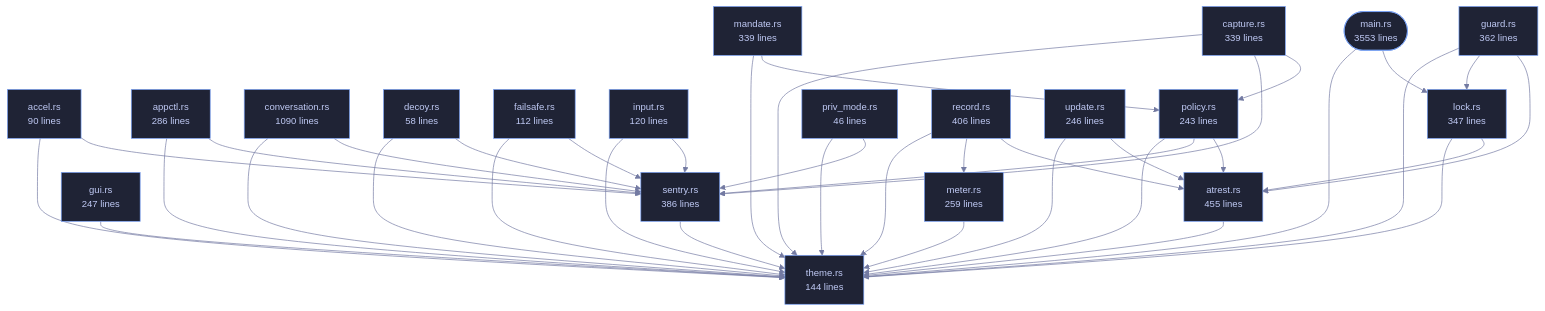
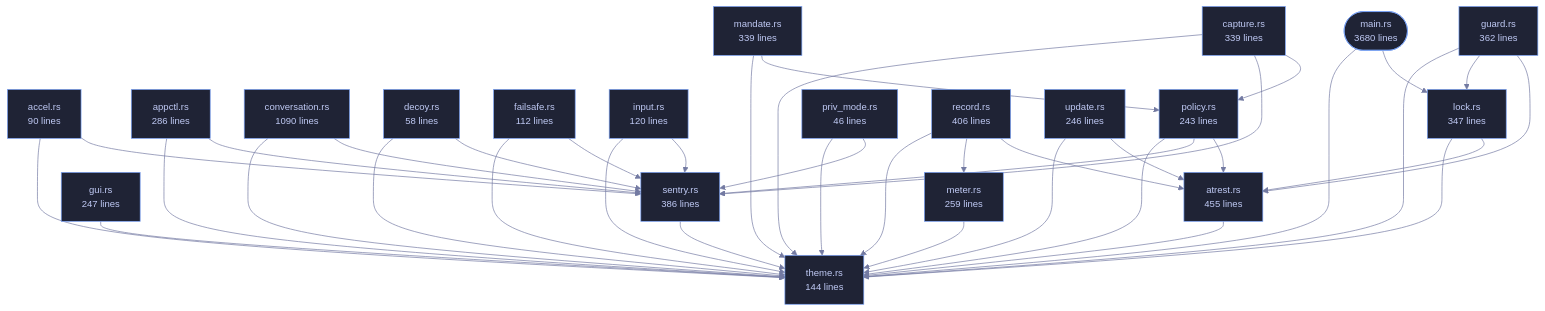
The diagram in crates/veilvoice-cli/README.md (tilas01/veilvoice), drawn with Mermaid before and after one commit. The commit also changed other lines of this file and 65 other files, not shown here.

````diff
--- a/crates/veilvoice-cli/README.md
+++ b/crates/veilvoice-cli/README.md
@@ -110,82 +110,82 @@
 ```mermaid
 %%{init: {"theme":"base","themeVariables":{"background":"#1a1b26","primaryColor":"#1f2335","primaryTextColor":"#c0caf5","primaryBorderColor":"#7aa2f7","secondaryColor":"#16161e","tertiaryColor":"#16161e","lineColor":"#737aa2","textColor":"#c0caf5","mainBkg":"#1f2335","nodeBorder":"#7aa2f7","clusterBkg":"#16161e","clusterBorder":"#2f3549","fontFamily":"ui-monospace, SFMono-Regular, Consolas, monospace","fontSize":"14px"}}}%%
 flowchart TD
-    n_main(["main.rs<br/>3553 lines"])
+    n_main(["main.rs<br/>3680 lines"])
     n_accel["accel.rs<br/>90 lines"]
     n_appctl["appctl.rs<br/>286 lines"]
     n_atrest["atrest.rs<br/>455 lines"]
     n_capture["capture.rs<br/>339 lines"]
     n_conversation["conversation.rs<br/>1090 lines"]
     n_decoy["decoy.rs<br/>58 lines"]
     n_failsafe["failsafe.rs<br/>112 lines"]
     n_guard["guard.rs<br/>362 lines"]
     n_gui["gui.rs<br/>247 lines"]
     n_input["input.rs<br/>120 lines"]
     n_lock["lock.rs<br/>347 lines"]
     n_mandate["mandate.rs<br/>339 lines"]
     n_meter["meter.rs<br/>259 lines"]
     n_policy["policy.rs<br/>243 lines"]
     n_priv_mode["priv_mode.rs<br/>46 lines"]
     n_record["record.rs<br/>406 lines"]
     n_sentry["sentry.rs<br/>386 lines"]
     n_theme["theme.rs<br/>144 lines"]
     n_update["update.rs<br/>246 lines"]
     n_accel --> n_sentry
     n_accel --> n_theme
     n_appctl --> n_sentry
     n_appctl --> n_theme
     n_atrest --> n_theme
     n_capture --> n_policy
     n_capture --> n_sentry
     n_capture --> n_theme
     n_conversation --> n_sentry
     n_conversation --> n_theme
     n_decoy --> n_sentry
     n_decoy --> n_theme
     n_failsafe --> n_sentry
     n_failsafe --> n_theme
     n_guard --> n_atrest
     n_guard --> n_lock
     n_guard --> n_theme
     n_gui --> n_theme
     n_input --> n_sentry
     n_input --> n_theme
     n_lock --> n_atrest
     n_lock --> n_theme
     n_main --> n_lock
     n_main --> n_theme
     n_mandate --> n_policy
     n_mandate --> n_theme
     n_meter --> n_theme
     n_policy --> n_atrest
     n_policy --> n_sentry
     n_policy --> n_theme
     n_priv_mode --> n_sentry
     n_priv_mode --> n_theme
     n_record --> n_atrest
     n_record --> n_meter
     n_record --> n_theme
     n_sentry --> n_theme
     n_update --> n_atrest
     n_update --> n_theme
     click n_main href "https://github.com/tilas01/veilvoice/blob/main/crates/veilvoice-cli/src/main.rs" "open the source"
     click n_accel href "https://github.com/tilas01/veilvoice/blob/main/crates/veilvoice-cli/src/accel.rs" "open the source"
     click n_appctl href "https://github.com/tilas01/veilvoice/blob/main/crates/veilvoice-cli/src/appctl.rs" "open the source"
     click n_atrest href "https://github.com/tilas01/veilvoice/blob/main/crates/veilvoice-cli/src/atrest.rs" "open the source"
     click n_capture href "https://github.com/tilas01/veilvoice/blob/main/crates/veilvoice-cli/src/capture.rs" "open the source"
     click n_conversation href "https://github.com/tilas01/veilvoice/blob/main/crates/veilvoice-cli/src/conversation.rs" "open the source"
     click n_decoy href "https://github.com/tilas01/veilvoice/blob/main/crates/veilvoice-cli/src/decoy.rs" "open the source"
     click n_failsafe href "https://github.com/tilas01/veilvoice/blob/main/crates/veilvoice-cli/src/failsafe.rs" "open the source"
     click n_guard href "https://github.com/tilas01/veilvoice/blob/main/crates/veilvoice-cli/src/guard.rs" "open the source"
     click n_gui href "https://github.com/tilas01/veilvoice/blob/main/crates/veilvoice-cli/src/gui.rs" "open the source"
     click n_input href "https://github.com/tilas01/veilvoice/blob/main/crates/veilvoice-cli/src/input.rs" "open the source"
     click n_lock href "https://github.com/tilas01/veilvoice/blob/main/crates/veilvoice-cli/src/lock.rs" "open the source"
     click n_mandate href "https://github.com/tilas01/veilvoice/blob/main/crates/veilvoice-cli/src/mandate.rs" "open the source"
     click n_meter href "https://github.com/tilas01/veilvoice/blob/main/crates/veilvoice-cli/src/meter.rs" "open the source"
     click n_policy href "https://github.com/tilas01/veilvoice/blob/main/crates/veilvoice-cli/src/policy.rs" "open the source"
     click n_priv_mode href "https://github.com/tilas01/veilvoice/blob/main/crates/veilvoice-cli/src/priv_mode.rs" "open the source"
     click n_record href "https://github.com/tilas01/veilvoice/blob/main/crates/veilvoice-cli/src/record.rs" "open the source"
     click n_sentry href "https://github.com/tilas01/veilvoice/blob/main/crates/veilvoice-cli/src/sentry.rs" "open the source"
     click n_theme href "https://github.com/tilas01/veilvoice/blob/main/crates/veilvoice-cli/src/theme.rs" "open the source"
     click n_update href "https://github.com/tilas01/veilvoice/blob/main/crates/veilvoice-cli/src/update.rs" "open the source"
 ```
````
